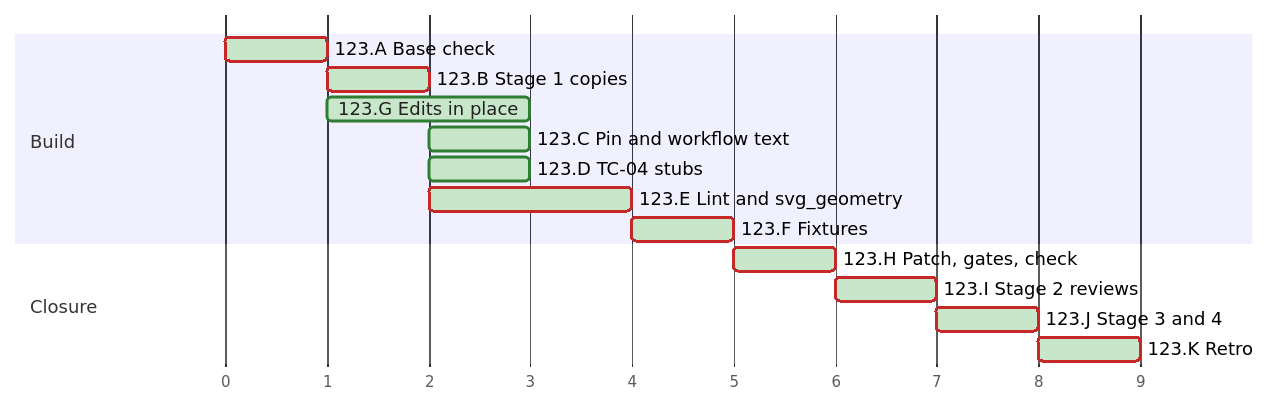
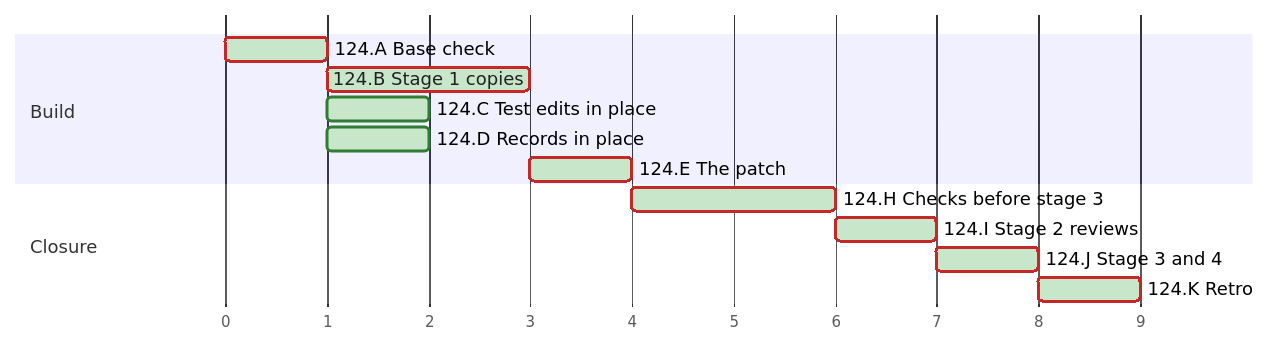
The diagram in docs/PLAN.md (MatrixFounder/Agentic-development), drawn with Mermaid before and after one commit. The commit also changed other lines of this file and 30 other files, not shown here.

Commit message:
TASK 124 — `mermaid_model.py` becomes the package `mermaid_model/`, one module per section

````diff
--- a/docs/PLAN.md
+++ b/docs/PLAN.md
@@ -394,23 +436,21 @@
 ```mermaid
 %%{init: {"look": "classic", "themeVariables": {"doneTaskBkgColor": "#C8E6C9", "doneTaskBorderColor": "#2E7D32", "activeTaskBkgColor": "#FFF3C4", "activeTaskBorderColor": "#F9A825", "taskBkgColor": "#FFFFFF", "taskBorderColor": "#9E9E9E", "critBkgColor": "#FFFFFF", "critBorderColor": "#C62828", "taskTextColor": "#212121", "taskTextDarkColor": "#212121"}, "gantt": {"barHeight": 16, "barGap": 4, "topPadding": 50, "fontSize": 12, "sectionFontSize": 12, "numberSectionStyles": 2, "useWidth": 900, "leftPadding": 140, "rightPadding": 150}, "themeCSS": ".grid .tick line { stroke-opacity: 0.25; } .activeText0.taskTextOutsideRight, .activeText1.taskTextOutsideRight, .activeText2.taskTextOutsideRight, .activeText3.taskTextOutsideRight, .activeCritText0.taskTextOutsideRight, .activeCritText1.taskTextOutsideRight, .activeCritText2.taskTextOutsideRight, .activeCritText3.taskTextOutsideRight, .doneText0.taskTextOutsideRight, .doneText1.taskTextOutsideRight, .doneText2.taskTextOutsideRight, .doneText3.taskTextOutsideRight, .doneCritText0.taskTextOutsideRight, .doneCritText1.taskTextOutsideRight, .doneCritText2.taskTextOutsideRight, .doneCritText3.taskTextOutsideRight, .activeText0.taskTextOutsideLeft, .activeText1.taskTextOutsideLeft, .activeText2.taskTextOutsideLeft, .activeText3.taskTextOutsideLeft, .activeCritText0.taskTextOutsideLeft, .activeCritText1.taskTextOutsideLeft, .activeCritText2.taskTextOutsideLeft, .activeCritText3.taskTextOutsideLeft, .doneText0.taskTextOutsideLeft, .doneText1.taskTextOutsideLeft, .doneText2.taskTextOutsideLeft, .doneText3.taskTextOutsideLeft, .doneCritText0.taskTextOutsideLeft, .doneCritText1.taskTextOutsideLeft, .doneCritText2.taskTextOutsideLeft, .doneCritText3.taskTextOutsideLeft { fill: #ffffff !important; mix-blend-mode: difference; }"}}%%
 gantt
   accTitle: Plan chart
   accDescr: Each bar starts when its last dependency ends and lasts its estimate, the axis counts estimate hours from the start, not dates.
   dateFormat x
   axisFormat %Q
   tickInterval 1millisecond
   todayMarker off
   section Build
-    123.A Base check:done, crit, t123xA, 0, 1ms
-    123.B Stage 1 copies:done, crit, t123xB, 1, 1ms
-    123.G Edits in place:done, t123xG, 1, 2ms
-    123.C Pin and workflow text:done, t123xC, 2, 1ms
-    123.D TC-04 stubs:done, t123xD, 2, 1ms
-    123.E Lint and svg_geometry:done, crit, t123xE, 2, 2ms
-    123.F Fixtures:done, crit, t123xF, 4, 1ms
+    124.A Base check:done, crit, t124xA, 0, 1ms
+    124.B Stage 1 copies:done, crit, t124xB, 1, 2ms
+    124.C Test edits in place:done, t124xC, 1, 1ms
+    124.D Records in place:done, t124xD, 1, 1ms
+    124.E The patch:done, crit, t124xE, 3, 1ms
   section Closure
-    123.H Patch, gates, check:done, crit, t123xH, 5, 1ms
-    123.I Stage 2 reviews:done, crit, t123xI, 6, 1ms
-    123.J Stage 3 and 4:done, crit, t123xJ, 7, 1ms
-    123.K Retro:done, crit, t123xK, 8, 1ms
+    124.H Checks before stage 3:done, crit, t124xH, 4, 2ms
+    124.I Stage 2 reviews:done, crit, t124xI, 6, 1ms
+    124.J Stage 3 and 4:done, crit, t124xJ, 7, 1ms
+    124.K Retro:done, crit, t124xK, 8, 1ms
 ```
````
